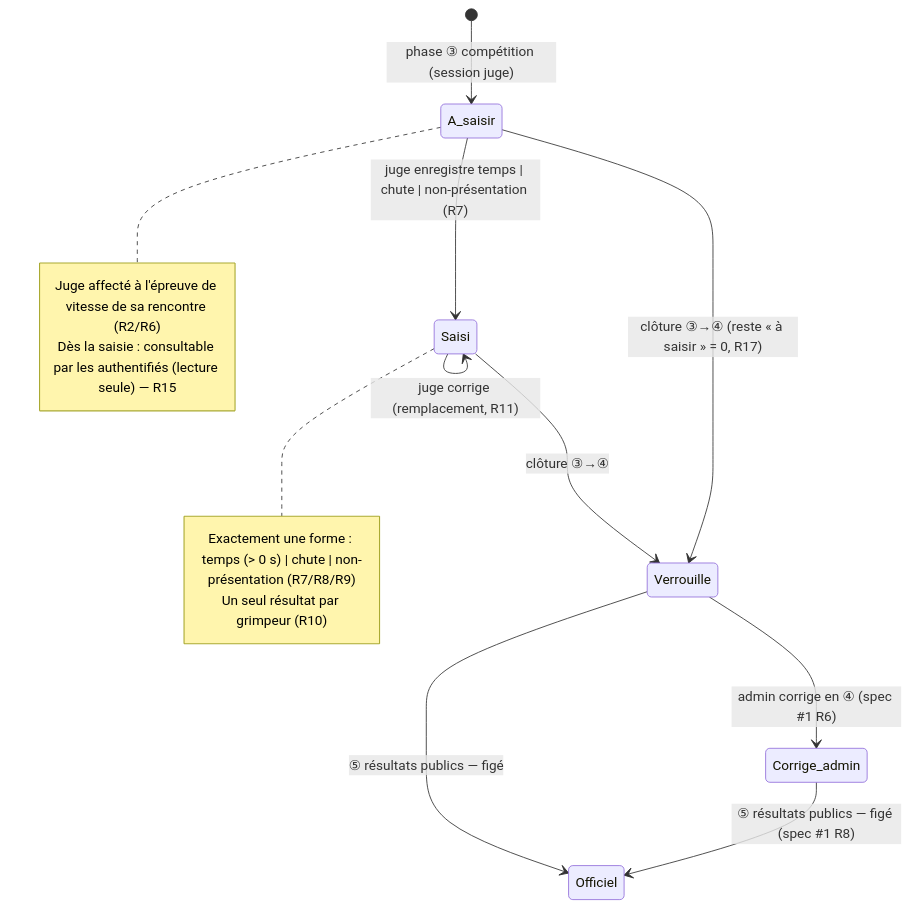
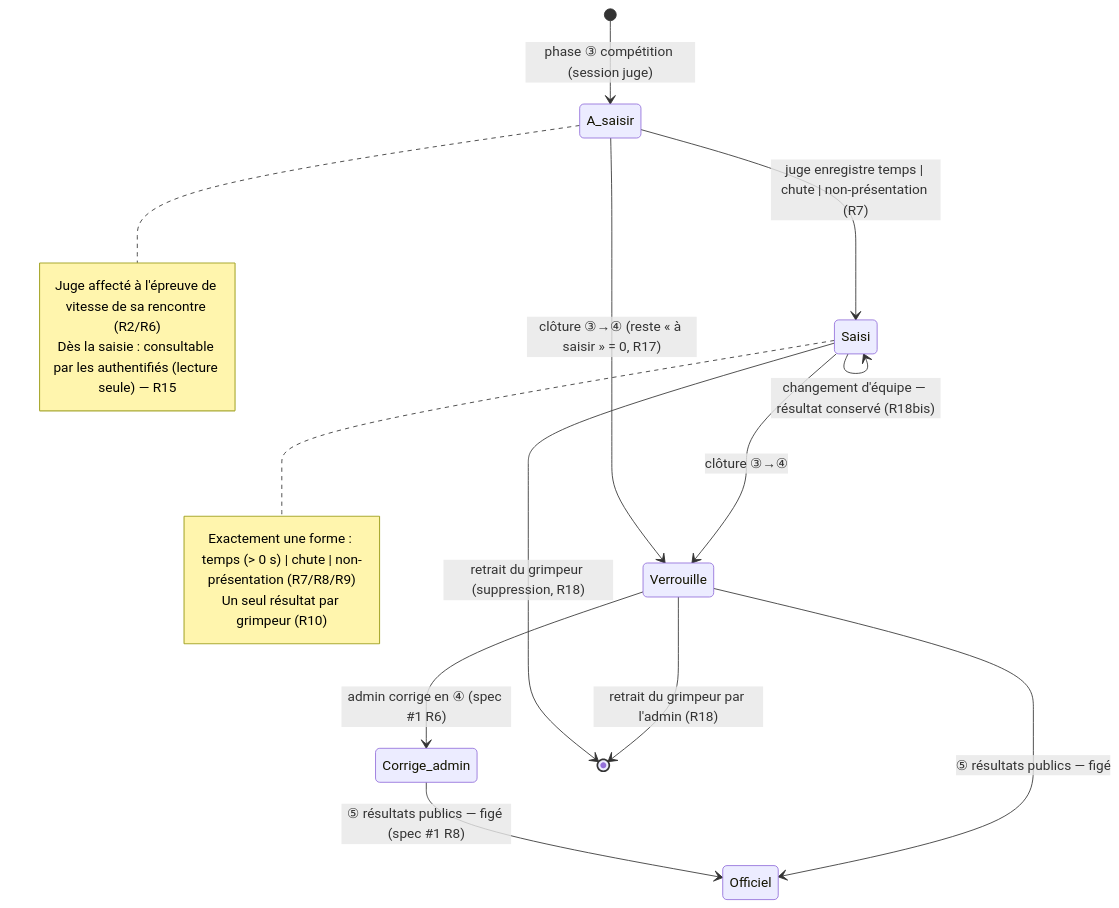
The first of 2 diagrams in docs/specs/10-saisie-vitesse-juge.md (julleroyfr/interclub), drawn with Mermaid before and after one commit. The commit also changed other lines of this file and 2 other files, not shown here.

First line of the commit message:
docs(specs): révisions #3 R41d, #6 R14, #10 R7bis/R18/R18bis validées (2026-10-03)

````diff
--- a/docs/specs/10-saisie-vitesse-juge.md
+++ b/docs/specs/10-saisie-vitesse-juge.md
@@ -245,20 +277,23 @@
 ```mermaid
 stateDiagram-v2
   [*] --> A_saisir : phase ③ compétition (session juge)
   A_saisir --> Saisi : juge enregistre temps | chute | non-présentation (R7)
   Saisi --> Saisi : juge corrige (remplacement, R11)
   A_saisir --> Verrouille : clôture ③→④ (reste « à saisir » = 0, R17)
   Saisi --> Verrouille : clôture ③→④
   Verrouille --> Corrige_admin : admin corrige en ④ (spec #1 R6)
   Corrige_admin --> Officiel : ⑤ résultats publics — figé (spec #1 R8)
   Verrouille --> Officiel : ⑤ résultats publics — figé
+  Saisi --> Saisi : changement d'équipe — résultat conservé (R18bis)
+  Saisi --> [*] : retrait du grimpeur (suppression, R18)
+  Verrouille --> [*] : retrait du grimpeur par l'admin (R18)
 
   note right of A_saisir
     Juge affecté à l'épreuve de vitesse de sa rencontre (R2/R6)
     Dès la saisie : consultable par les authentifiés (lecture seule) — R15
   end note
   note right of Saisi
     Exactement une forme : temps (> 0 s) | chute | non-présentation (R7/R8/R9)
     Un seul résultat par grimpeur (R10)
   end note
 ```
````
